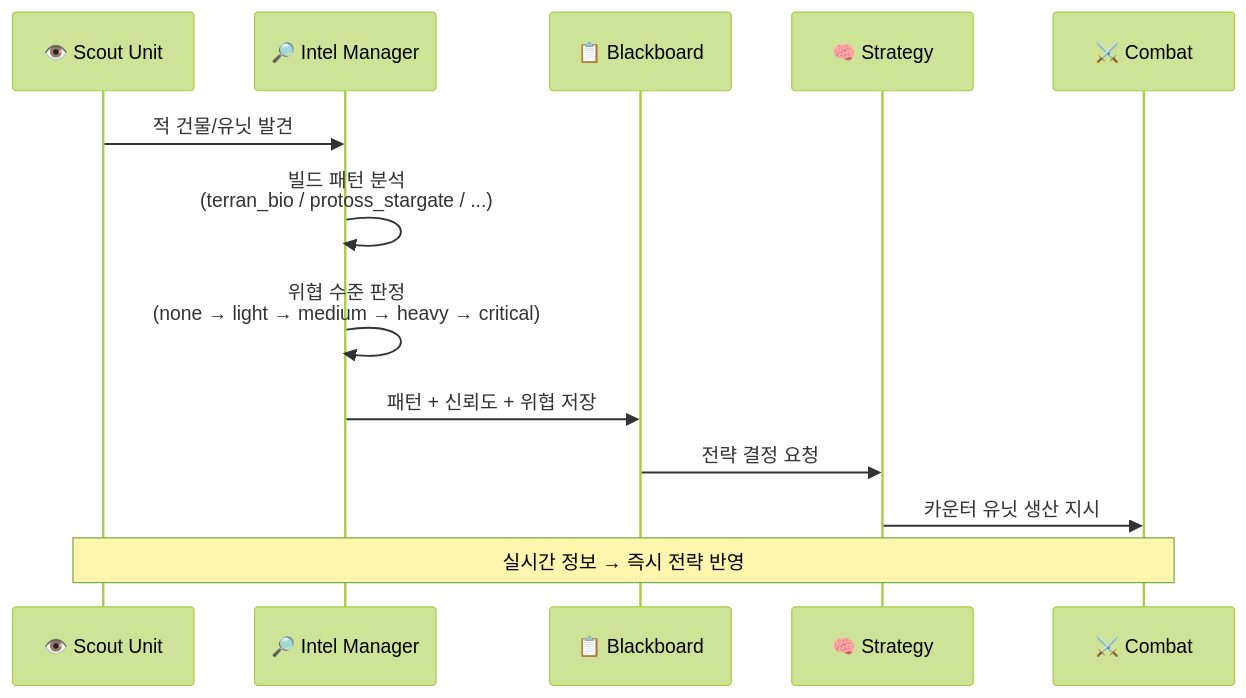
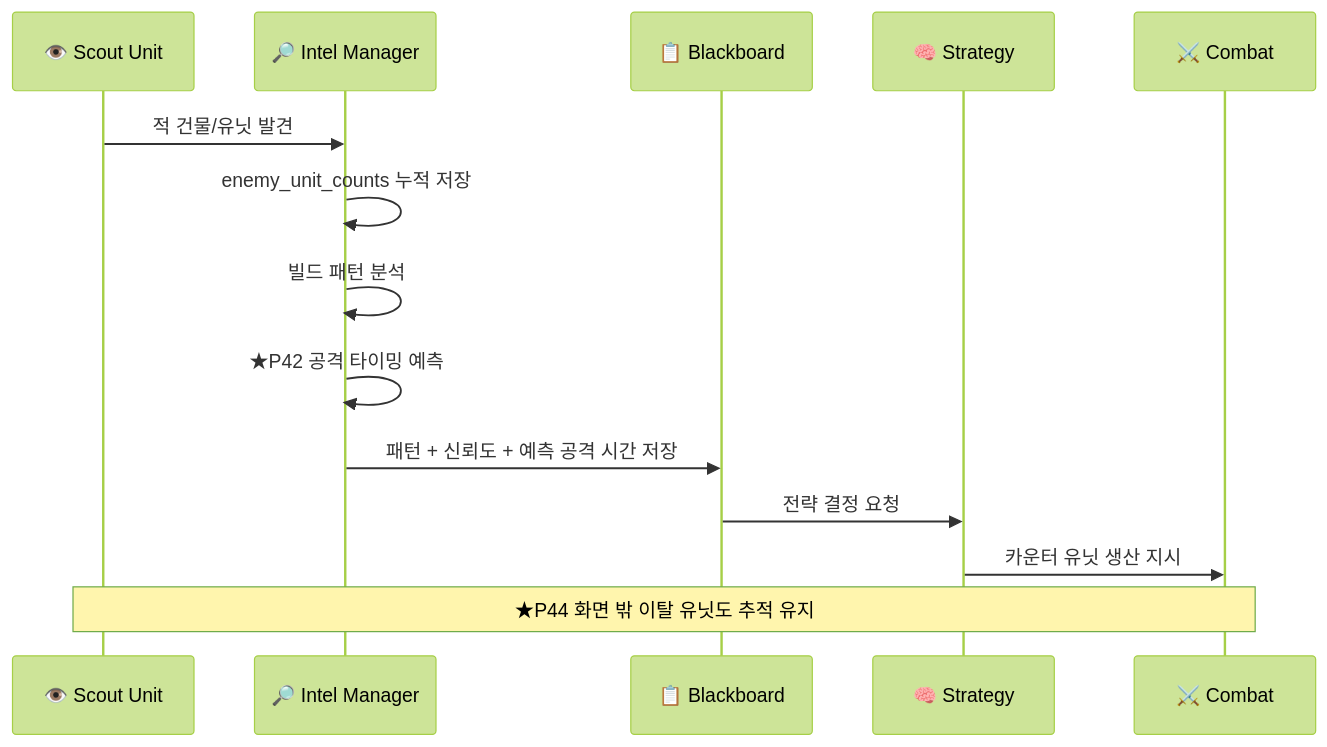
Diagram 16 of 29 in README.md (sun475300-sudo/Swarm-control-in-sc2bot), drawn with Mermaid (forest theme) before and after one commit. The commit also changed other lines of this file, not shown here.

````diff
--- a/README.md
+++ b/README.md
@@ -1118,16 +778,17 @@
 ```mermaid
 sequenceDiagram
     participant Scout as 👁️ Scout Unit
     participant Intel as 🔎 Intel Manager
     participant BB as 📋 Blackboard
     participant Strategy as 🧠 Strategy
     participant Combat as ⚔️ Combat
 
     Scout->>Intel: 적 건물/유닛 발견
-    Intel->>Intel: 빌드 패턴 분석<br/>(terran_bio / protoss_stargate / ...)
-    Intel->>Intel: 위협 수준 판정<br/>(none → light → medium → heavy → critical)
-    Intel->>BB: 패턴 + 신뢰도 + 위협 저장
+    Intel->>Intel: enemy_unit_counts 누적 저장
+    Intel->>Intel: 빌드 패턴 분석
+    Intel->>Intel: ★P42 공격 타이밍 예측
+    Intel->>BB: 패턴 + 신뢰도 + 예측 공격 시간 저장
     BB->>Strategy: 전략 결정 요청
     Strategy->>Combat: 카운터 유닛 생산 지시
-    Note over Scout,Combat: 실시간 정보 → 즉시 전략 반영
+    Note over Scout,Combat: ★P44 화면 밖 이탈 유닛도 추적 유지
 ```
````
